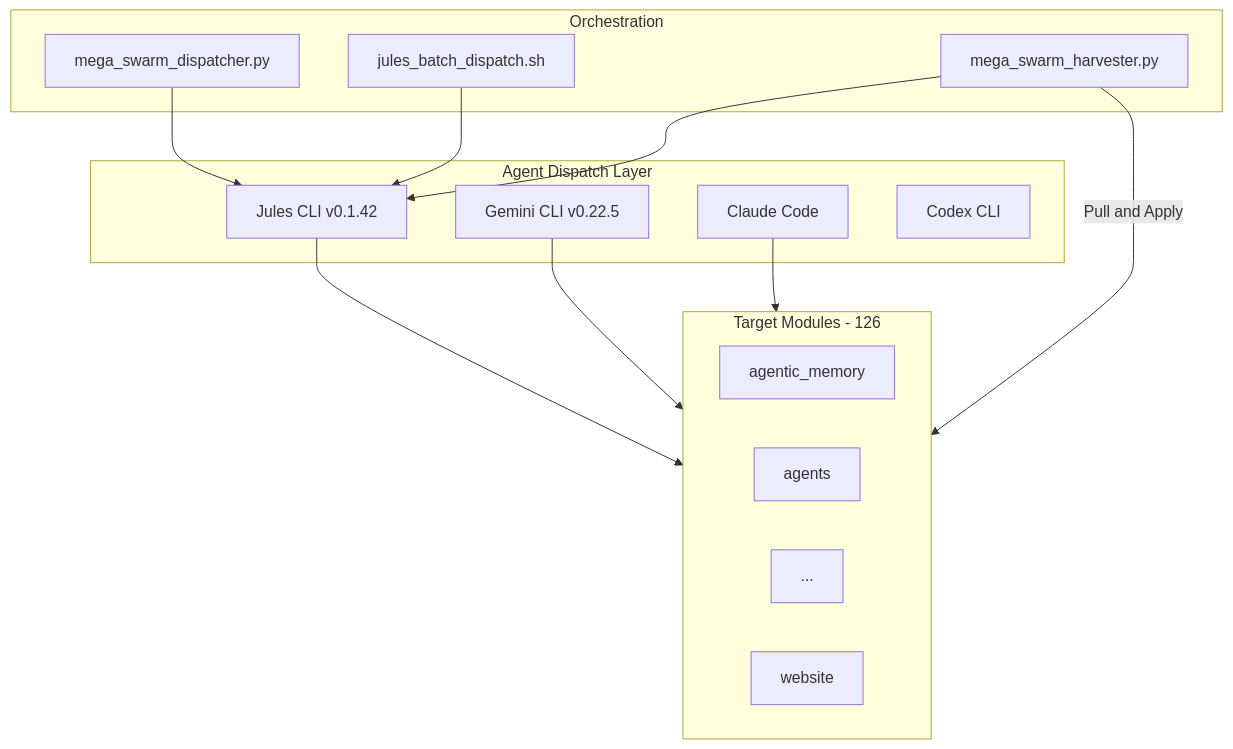
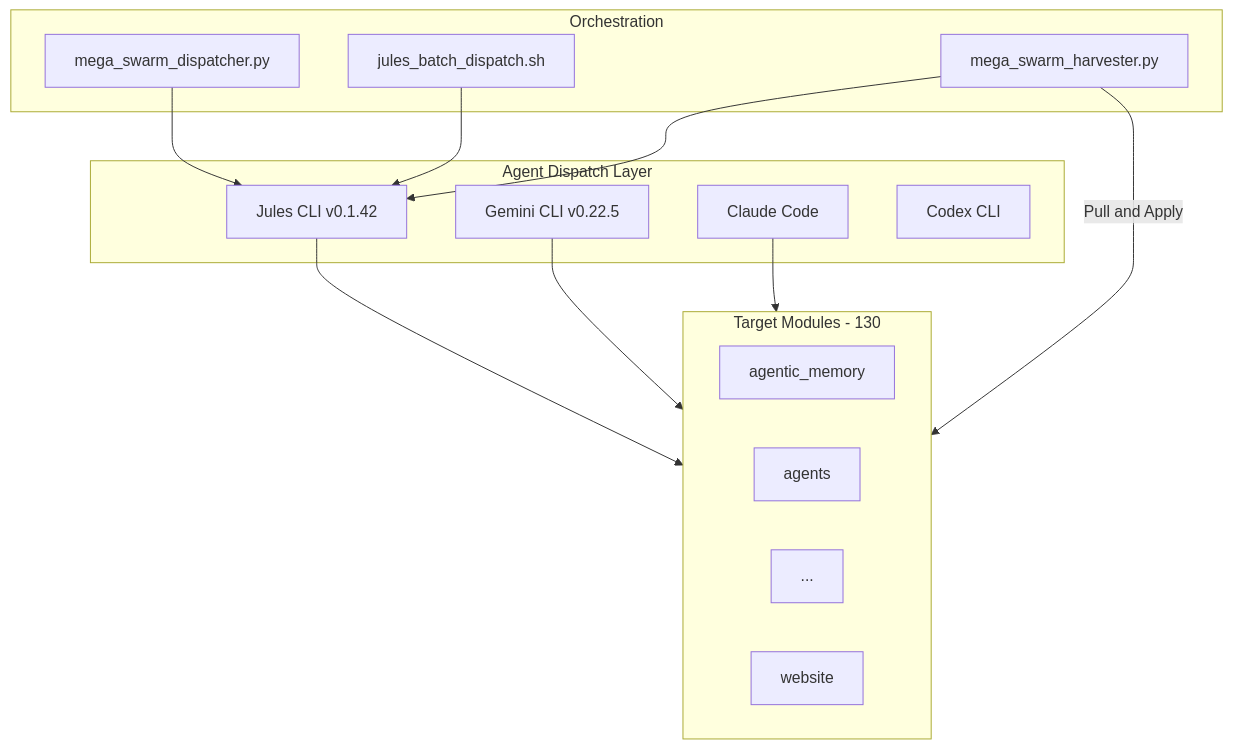
The fourth of 7 diagrams in .github/README.md (docxology/codomyrmex), drawn with Mermaid before and after one commit. The commit also changed other lines of this file and 287 other files, not shown here.

````diff
--- a/.github/README.md
+++ b/.github/README.md
@@ -587,30 +587,30 @@
 ```mermaid
 graph TD
     subgraph Dispatch["Agent Dispatch Layer"]
         Jules["Jules CLI v0.1.42"]
         GeminiCLI["Gemini CLI v0.22.5"]
         Claude["Claude Code"]
         Codex["Codex CLI"]
     end
 
     subgraph Orchestration["Orchestration"]
         BatchDispatch["jules_batch_dispatch.sh"]
         MegaSwarm["mega_swarm_dispatcher.py"]
         Harvester["mega_swarm_harvester.py"]
     end
 
-    subgraph Targets["Target Modules - 126"]
+    subgraph Targets["Target Modules - 130"]
         M1["agentic_memory"]
         M2["agents"]
         Mdots["..."]
         M95["website"]
     end
 
     MegaSwarm --> Jules
     BatchDispatch --> Jules
     Jules --> Targets
     GeminiCLI --> Targets
     Claude --> Targets
     Harvester --> Jules
     Harvester -->|"Pull and Apply"| Targets
 ```
````
